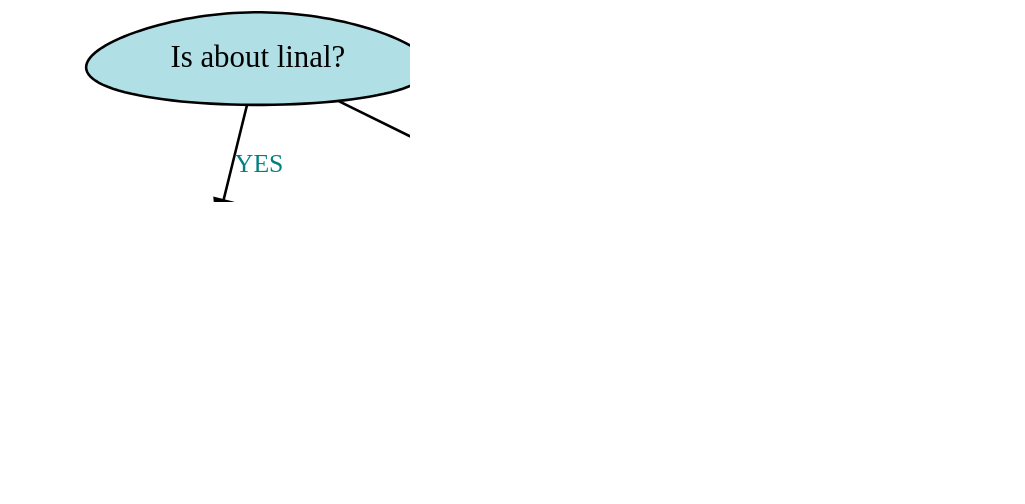
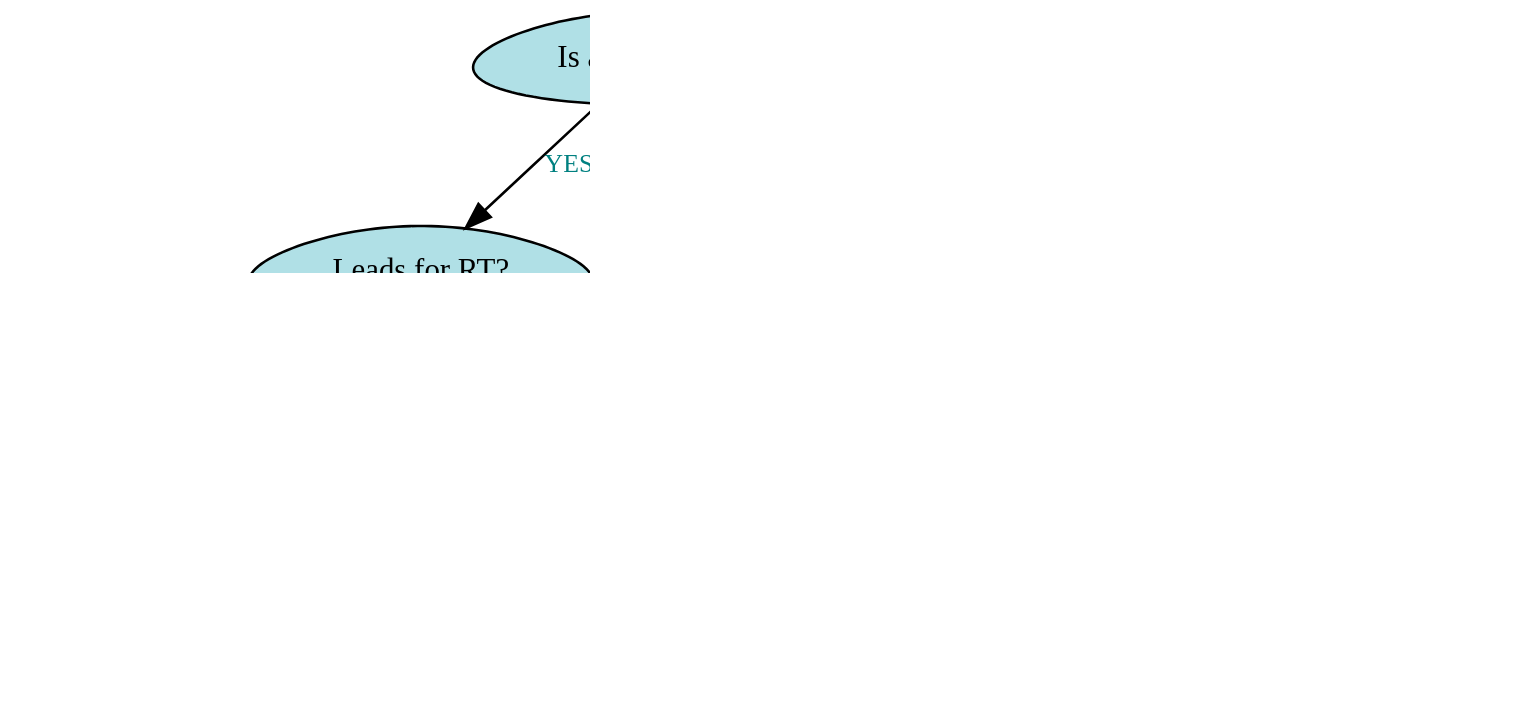
Before and after one commit to BileyHarryCopter/Genie_of_Akinator: the diagram in sources/dump/dump_tree.dot, drawn with Graphviz. The commit also changed 3 other files, not shown here.

```diff
--- a/sources/dump/dump_tree.dot
+++ b/sources/dump/dump_tree.dot
@@ -1,22 +1,30 @@
 digraph AKINATOR
 {
 	graph [dpi = 200];
 	rankdir = HR;
 
 	subgraph TREE
 	{
 		node [shape = egg, style = "filled", fillcolor = "bisque", fontcolor = "black", fontsize = 12];
 		edge [color = "black", fontcolor = "teal", fontsize = 10, fontname = "Impact"];
 
-		node_0x7fb48b604090 [label = "Is about linal?", fillcolor = "powderblue"];
-		node_0x7fb48b6040b0 [label = "Jordan's method"];
-		node_0x7fb48b604170 [label = "Is about basketball?", fillcolor = "powderblue"];
-		node_0x7fb48b604190 [label = "Jordan's jump"];
-		node_0x7fb48b604690 [label = "Conditionable jump"];
+		node_0x7fd63d5041c0 [label = "Is about linal?", fillcolor = "powderblue"];
+		node_0x7fd63d5041e0 [label = "Leads for RT?", fillcolor = "powderblue"];
+		node_0x7fd63d5042a0 [label = "Chuba"];
+		node_0x7fd63d504360 [label = "Jordan's method"];
+		node_0x7fd63d504420 [label = "Is about basketball?", fillcolor = "powderblue"];
+		node_0x7fd63d5044e0 [label = "Jordan's jump"];
+		node_0x7fd63d704140 [label = "It is govno?", fillcolor = "powderblue"];
+		node_0x7fd63d704120 [label = "Basic"];
+		node_0x7fd63d5045a0 [label = "Conditionable jump"];
 
-		node_0x7fb48b604090 -> node_0x7fb48b6040b0 [label = "YES"];
-		node_0x7fb48b604090 -> node_0x7fb48b604170 [label = "NO"];
-		node_0x7fb48b604170 -> node_0x7fb48b604190 [label = "YES"];
-		node_0x7fb48b604170 -> node_0x7fb48b604690 [label = "NO"];
+		node_0x7fd63d5041c0 -> node_0x7fd63d5041e0 [label = "YES"];
+		node_0x7fd63d5041c0 -> node_0x7fd63d504420 [label = "NO"];
+		node_0x7fd63d5041e0 -> node_0x7fd63d5042a0 [label = "YES"];
+		node_0x7fd63d5041e0 -> node_0x7fd63d504360 [label = "NO"];
+		node_0x7fd63d504420 -> node_0x7fd63d5044e0 [label = "YES"];
+		node_0x7fd63d504420 -> node_0x7fd63d704140 [label = "NO"];
+		node_0x7fd63d704140 -> node_0x7fd63d704120 [label = "YES"];
+		node_0x7fd63d704140 -> node_0x7fd63d5045a0 [label = "NO"];
 	}
 }
```
